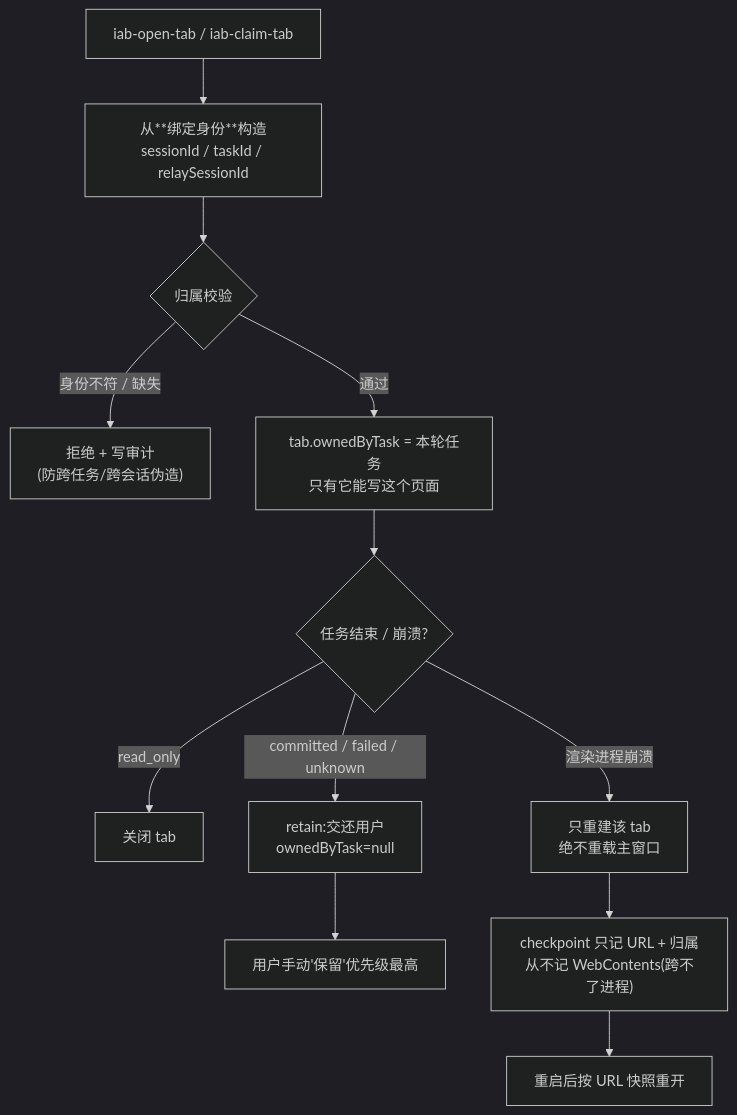
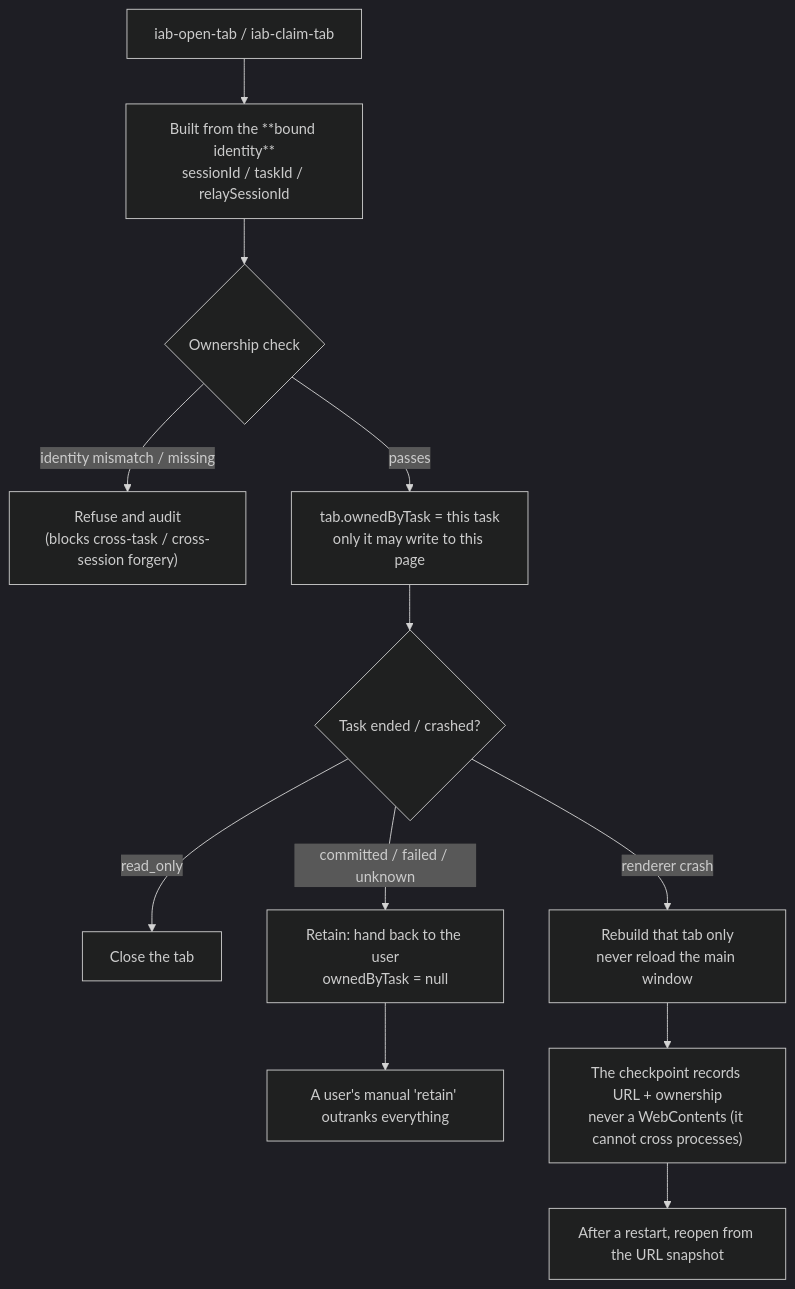
Before and after one commit to Prism-Shadow/travel-agent: the fifth of 5 diagrams in docs/architecture/iab-in-app-browser.md, drawn with Mermaid (dark theme). The commit also changed other lines of this file and 7 other files, not shown here.

Commit message:
docs: translate the architecture and verification docs to English, and state the rule in AGENTS.md

````diff
--- a/docs/architecture/iab-in-app-browser.md
+++ b/docs/architecture/iab-in-app-browser.md
@@ -150,16 +156,16 @@
 ```mermaid
 flowchart TB
-    OPEN["iab-open-tab / iab-claim-tab"] --> BIND["从**绑定身份**构造<br/>sessionId / taskId / relaySessionId"]
-    BIND --> CHECK{"归属校验"}
-    CHECK -->|"身份不符 / 缺失"| REJECT["拒绝 + 写审计<br/>(防跨任务/跨会话伪造)"]
-    CHECK -->|"通过"| OWN["tab.ownedByTask = 本轮任务<br/>只有它能写这个页面"]
+    OPEN["iab-open-tab / iab-claim-tab"] --> BIND["Built from the **bound identity**<br/>sessionId / taskId / relaySessionId"]
+    BIND --> CHECK{"Ownership check"}
+    CHECK -->|"identity mismatch / missing"| REJECT["Refuse and audit<br/>(blocks cross-task / cross-session forgery)"]
+    CHECK -->|"passes"| OWN["tab.ownedByTask = this task<br/>only it may write to this page"]
 
-    OWN --> LIFE{"任务结束 / 崩溃?"}
-    LIFE -->|"read_only"| CLOSE["关闭 tab"]
-    LIFE -->|"committed / failed / unknown"| RETAIN["retain:交还用户<br/>ownedByTask=null"]
-    LIFE -->|"渲染进程崩溃"| REBUILD["只重建该 tab<br/>绝不重载主窗口"]
+    OWN --> LIFE{"Task ended / crashed?"}
+    LIFE -->|"read_only"| CLOSE["Close the tab"]
+    LIFE -->|"committed / failed / unknown"| RETAIN["Retain: hand back to the user<br/>ownedByTask = null"]
+    LIFE -->|"renderer crash"| REBUILD["Rebuild that tab only<br/>never reload the main window"]
 
-    RETAIN --> USERKEEP["用户手动'保留'优先级最高"]
-    REBUILD --> CKPT["checkpoint 只记 URL + 归属<br/>从不记 WebContents(跨不了进程)"]
-    CKPT --> RESTORE["重启后按 URL 快照重开"]
+    RETAIN --> USERKEEP["A user's manual 'retain' outranks everything"]
+    REBUILD --> CKPT["The checkpoint records URL + ownership<br/>never a WebContents (it cannot cross processes)"]
+    CKPT --> RESTORE["After a restart, reopen from the URL snapshot"]
 ```
````
